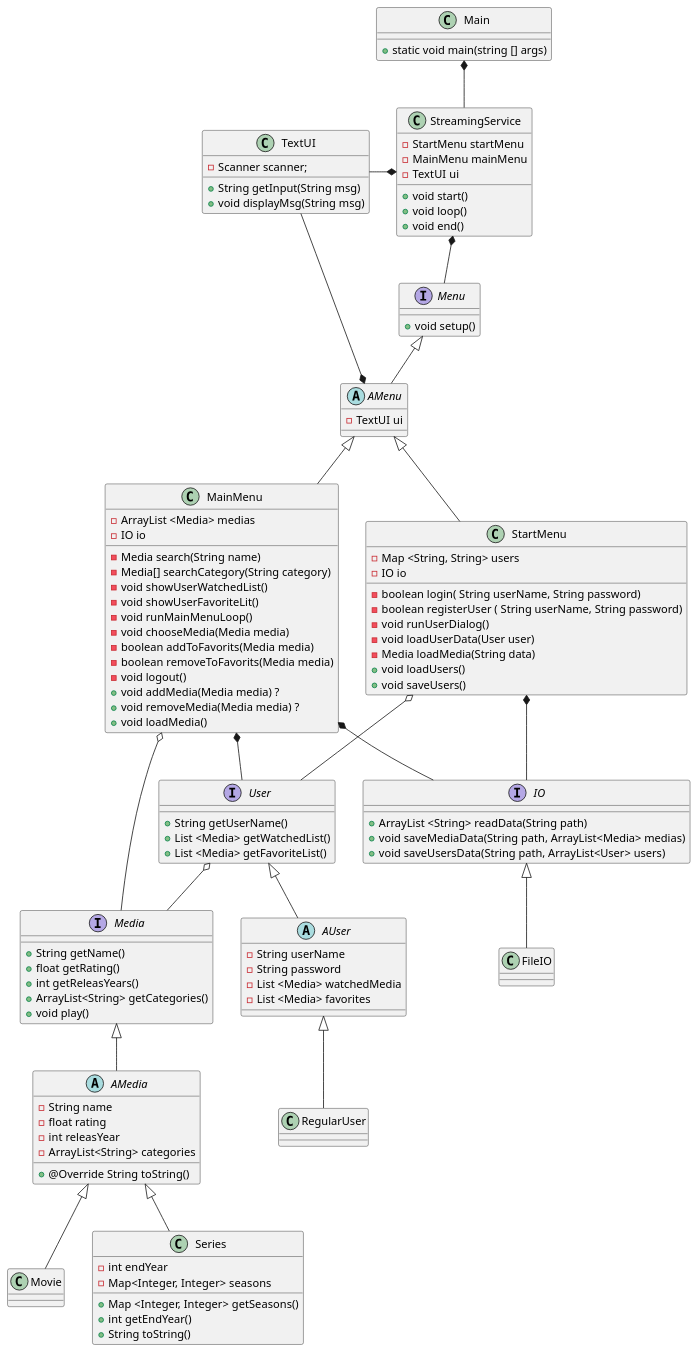
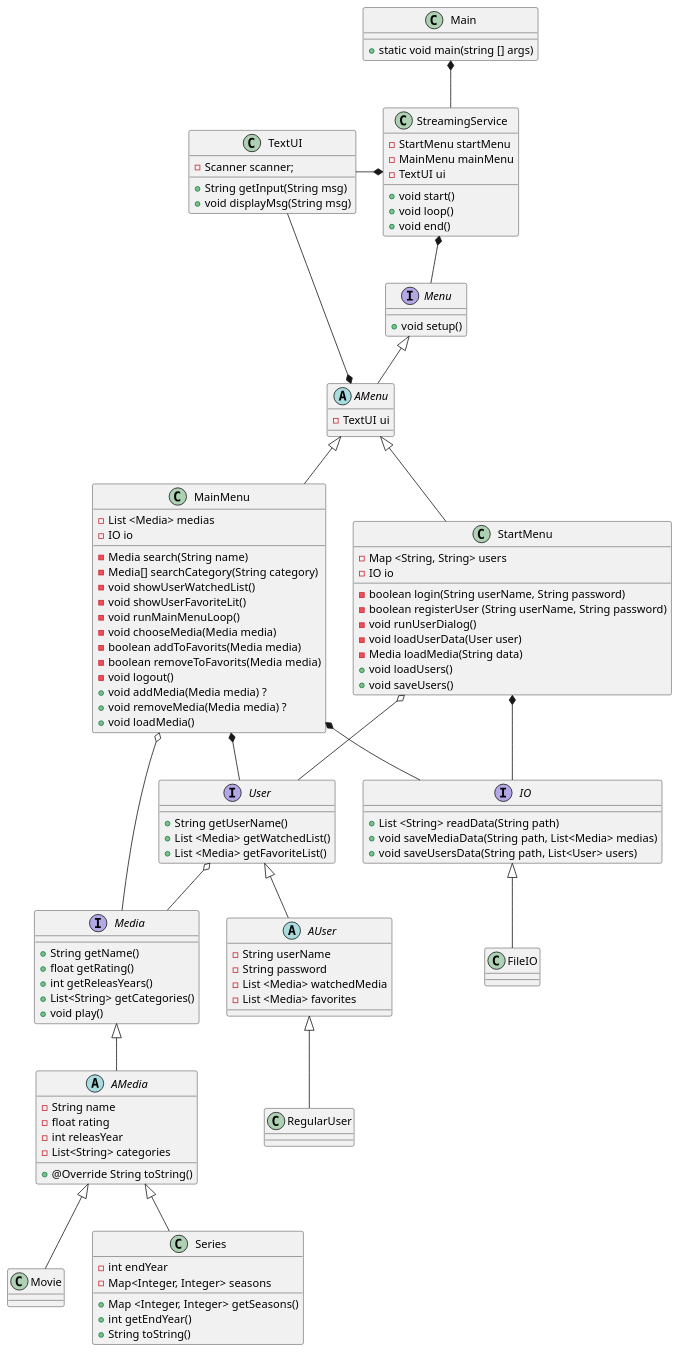
The diagram in doc/dynamic/sequence.puml (Shiihon/SP3_plus), drawn with PlantUML before and after one commit.

Commit message:
Update class diagram

```diff
--- a/doc/dynamic/sequence.puml
+++ b/doc/dynamic/sequence.puml
@@ -1,132 +1,132 @@
 @startuml
 class Main
 class StreamingService
 interface Menu
 abstract class AMenu
 class StartMenu
 class MainMenu
 interface User
 abstract class AUser
 class RegularUser
 interface Media
 abstract class AMedia
 class Movie
 class Series
 interface IO
 class FileIO
 class TextUI
 
 Main *-- StreamingService
 StreamingService *-- Menu
 Menu <|-- AMenu
 AMenu <|-- StartMenu
 AMenu <|-- MainMenu
 AMenu *-- TextUI
 StartMenu *-- IO
 MainMenu *-- IO
 IO <|-- FileIO
 StartMenu o-- User
 MainMenu *-- User
 User <|-- AUser
 AUser <|-- RegularUser
 MainMenu o-- Media
 User o-- Media
 Media <|-- AMedia
 AMedia <|-- Movie
 AMedia <|-- Series
 
 
 Main : + static void main(string [] args)
 
 
 StreamingService : - StartMenu startMenu
 StreamingService : - MainMenu mainMenu
 StreamingService : - TextUI ui
 
 StreamingService : + void start()
 StreamingService : + void loop()
 StreamingService : + void end()
 
 
 StreamingService *-l- TextUI
 
 
 Menu : + void setup()
 
 
 AMenu : - TextUI ui
 
 
 StartMenu : - Map <String, String> users
 StartMenu : - IO io
 
-StartMenu : - boolean login( String userName, String password)
-StartMenu : - boolean registerUser ( String userName, String password)
+StartMenu : - boolean login(String userName, String password)
+StartMenu : - boolean registerUser (String userName, String password)
 StartMenu : - void runUserDialog()
 StartMenu : - void loadUserData(User user)
 StartMenu : - Media loadMedia(String data)
 StartMenu : + void loadUsers()
 StartMenu : + void saveUsers()
 
 
-MainMenu : - ArrayList <Media> medias
+MainMenu : - List <Media> medias
 MainMenu : - IO io
 
 MainMenu : - Media search(String name)
 MainMenu : - Media[] searchCategory(String category)
 MainMenu : - void showUserWatchedList()
 MainMenu : - void showUserFavoriteLit()
 MainMenu : - void runMainMenuLoop()
 MainMenu : - void chooseMedia(Media media)
 MainMenu : - boolean addToFavorits(Media media)
 MainMenu : - boolean removeToFavorits(Media media)
 MainMenu : - void logout()
 MainMenu : + void addMedia(Media media) ?
 MainMenu : + void removeMedia(Media media) ?
 MainMenu : + void loadMedia()
 
 
 User : + String getUserName()
 User : + List <Media> getWatchedList()
 User : + List <Media> getFavoriteList()
 
 
 AUser : - String userName
 AUser : - String password
 AUser : - List <Media> watchedMedia
 AUser : - List <Media> favorites
 
 
 Media : + String getName()
 Media : + float getRating()
 Media : + int getReleasYears()
-Media : + ArrayList<String> getCategories()
+Media : + List<String> getCategories()
 Media : + void play()
 
 
 AMedia : - String name
 AMedia : - float rating
 AMedia : - int releasYear
-AMedia : - ArrayList<String> categories
+AMedia : - List<String> categories
 
 AMedia : + @Override String toString()
 
 
 Series : - int endYear
 Series : - Map<Integer, Integer> seasons
 Series : + Map <Integer, Integer> getSeasons()
 
 Series : + int getEndYear()
 Series : + String toString()
 
 
-IO : + ArrayList <String> readData(String path)
-IO : + void saveMediaData(String path, ArrayList<Media> medias)
-IO : + void saveUsersData(String path, ArrayList<User> users)
+IO : + List <String> readData(String path)
+IO : + void saveMediaData(String path, List<Media> medias)
+IO : + void saveUsersData(String path, List<User> users)
 
 TextUI : - Scanner scanner;
 
 TextUI : + String getInput(String msg)
 TextUI : + void displayMsg(String msg)
 
 @enduml
```
